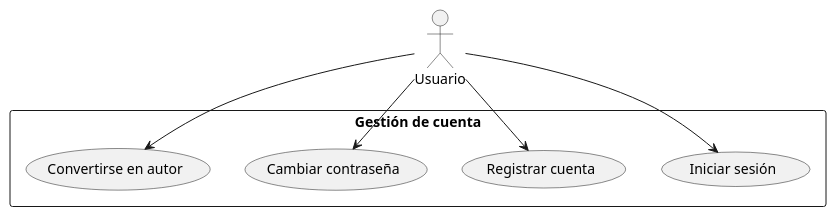
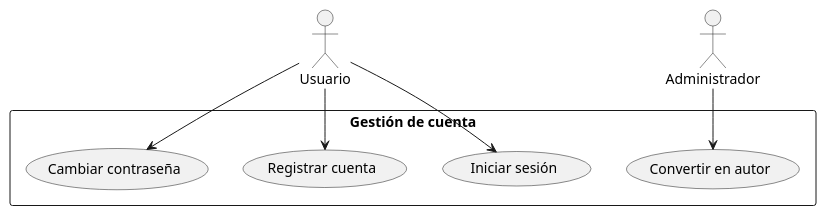
Before and after one commit to PricedTuna/leairn-uc: the diagram in uc1_account.puml, drawn with PlantUML. The commit also changed 2 other files, not shown here.

```diff
--- a/uc1_account.puml
+++ b/uc1_account.puml
@@ -1,12 +1,12 @@
 ' UC1 - Gestión de cuenta
 rectangle "Gestión de cuenta" {
   usecase "Iniciar sesión"        as UC1_1
   usecase "Registrar cuenta"      as UC1_2
   usecase "Cambiar contraseña"    as UC1_3
-  usecase "Convertirse en autor"  as UC1_4
+  usecase "Convertir en autor"  as UC1_4
 }
 
 Usuario --> UC1_1
 Usuario --> UC1_2
 Usuario --> UC1_3
-Usuario --> UC1_4
+Administrador --> UC1_4
```
